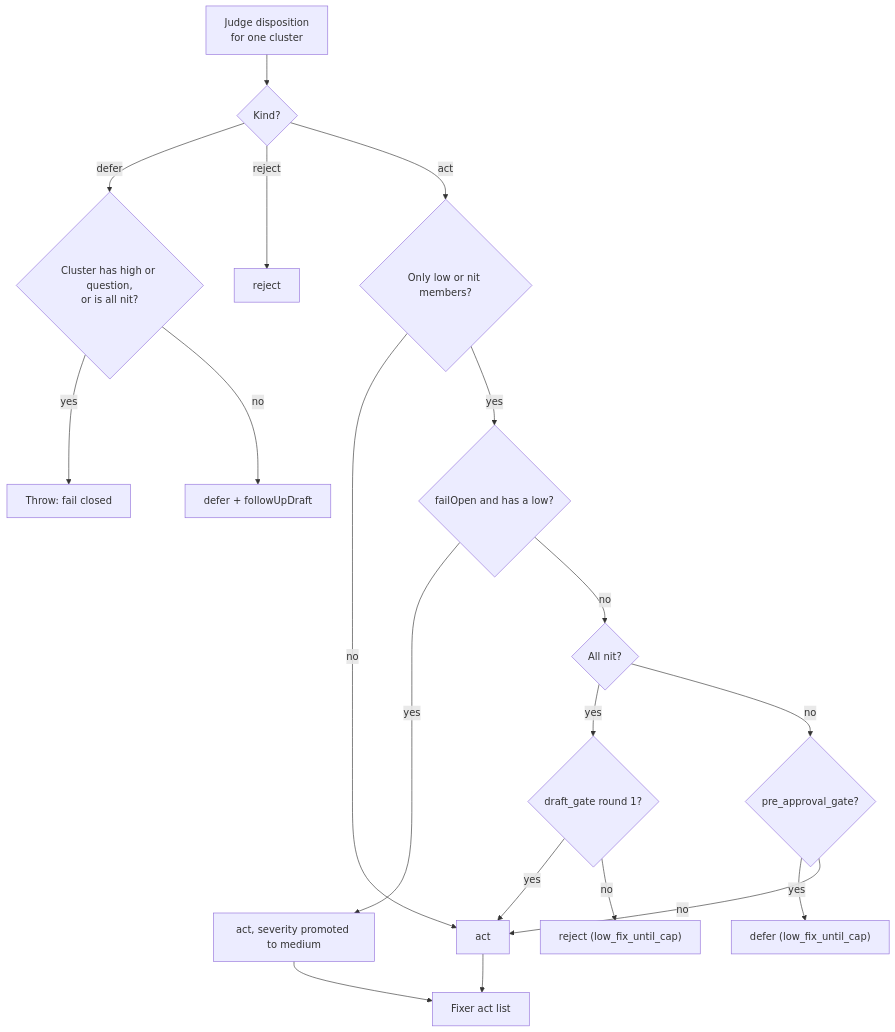
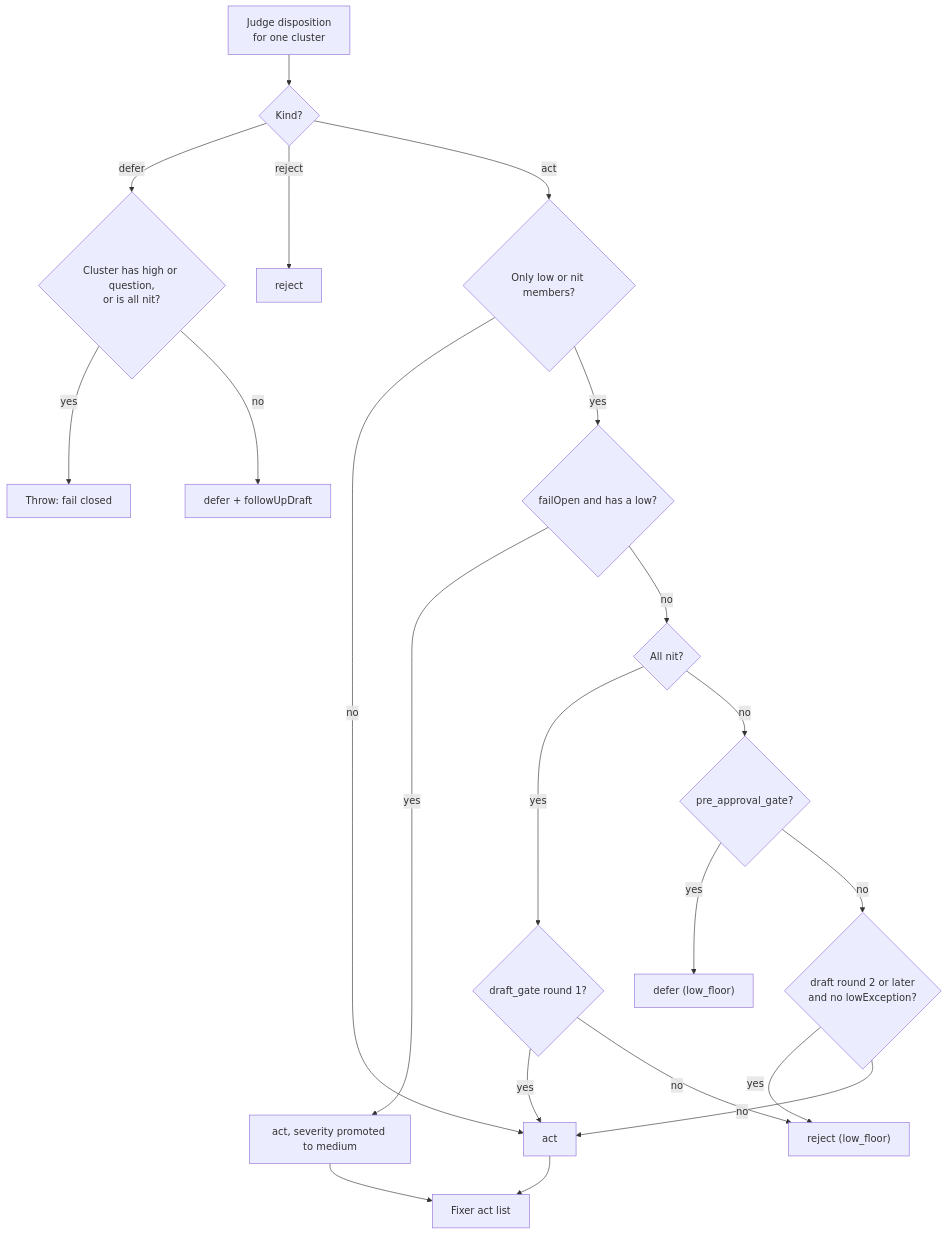
One commit to mfittko/dev-loops changed the seventh of 12 diagrams in docs/atlas/05-gate-subloop.md. Above: the diagram before and after it, drawn with Mermaid. The commit also changed other lines of this file and 27 other files, not shown here.

First line of the commit message:
efficiency(gate): from draft round 2 a low floors at reject (issue 3649) (#3676)

````diff
--- a/docs/atlas/05-gate-subloop.md
+++ b/docs/atlas/05-gate-subloop.md
@@ -178,21 +178,23 @@
 ```mermaid
 flowchart TD
   D["Judge disposition<br/>for one cluster"] --> K{"Kind?"}
   K -->|defer| NV{"Cluster has high or question,<br/>or is all nit?"}
   NV -->|yes| FAIL["Throw: fail closed"]
   NV -->|no| DEF["defer + followUpDraft"]
   K -->|reject| REJ["reject"]
   K -->|act| LN{"Only low or nit members?"}
   LN -->|no| ACT["act"]
   LN -->|yes| FO{"failOpen and has a low?"}
   FO -->|yes| PRO["act, severity promoted to medium"]
   FO -->|no| AN{"All nit?"}
   AN -->|yes| R1{"draft_gate round 1?"}
   R1 -->|yes| ACT
-  R1 -->|no| REJ2["reject (low_fix_until_cap)"]
+  R1 -->|no| REJ2["reject (low_floor)"]
   AN -->|no| PA{"pre_approval_gate?"}
-  PA -->|yes| DEF2["defer (low_fix_until_cap)"]
-  PA -->|no| ACT
+  PA -->|yes| DEF2["defer (low_floor)"]
+  PA -->|no| LF{"draft round 2 or later<br/>and no lowException?"}
+  LF -->|yes| REJ2
+  LF -->|no| ACT
   ACT --> AL["Fixer act list"]
   PRO --> AL
 ```
````
